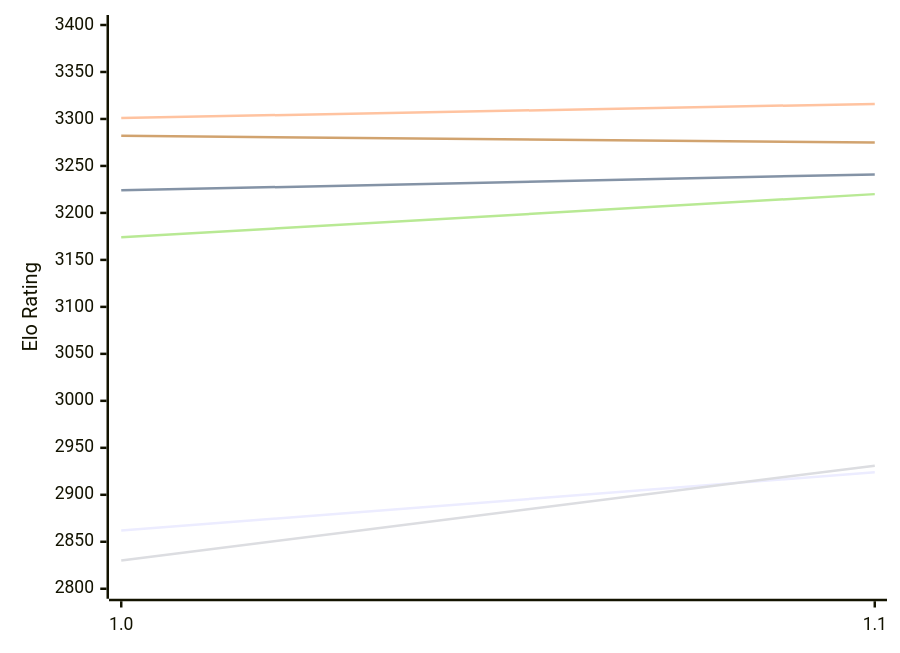
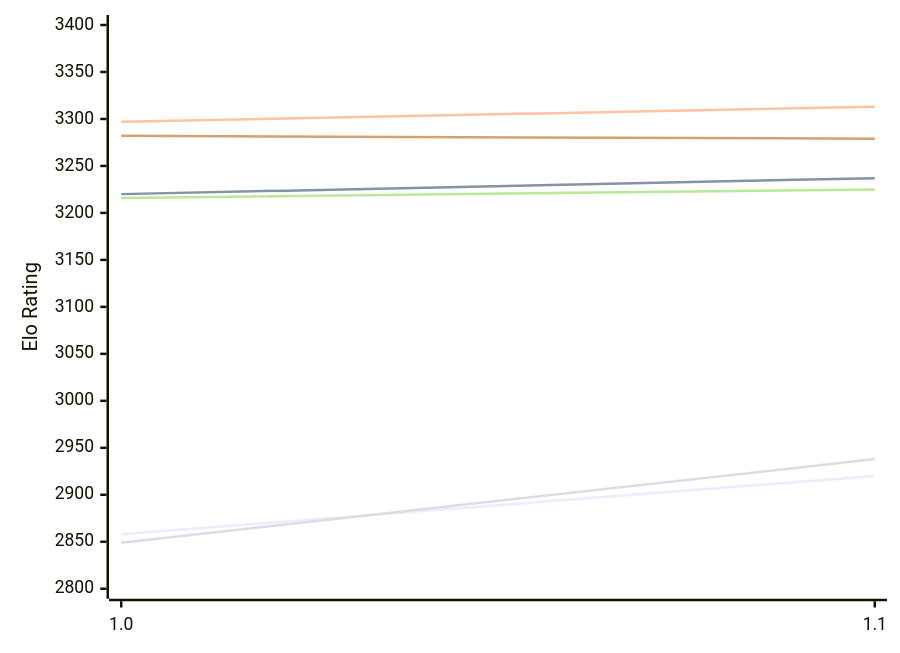
Before and after one commit to computer-chess-index/cci: the first of 2 diagrams in engines/RodentV.md, drawn with Mermaid. The commit also changed other lines of this file, not shown here.

Commit message:
Update CCI Ratings (ELO VLTC) - 2026-11-21

````diff
--- a/engines/RodentV.md
+++ b/engines/RodentV.md
@@ -50,12 +50,12 @@
 ```mermaid
 %%{init: {"theme":"base","themeVariables":{"seriesColors:['#a3a3a3','#222221','#faa371']}}}%%
 xychart-beta
   x-axis ["1.0", "1.1"]
   y-axis "Elo Rating" 2800 --> 3400
-  line "E1: STC (8.0+0.08s)" [2862, 2924]
-  line "E1: LTC (60.0+0.60s)" [3224, 3241]
-  line "E1: VLTC (2m24s+1.12s)" [3301, 3316]
-  line "P1: STC (8.0+0.08s)" [2830, 2931]
-  line "P1: LTC (60.0+0.60s)" [3174, 3220]
-  line "P1: VLTC (2m24s+1.12s)" [3282, 3275]
+  line "E1: STC (8.0+0.08s)" [2858, 2920]
+  line "E1: LTC (60.0+0.60s)" [3220, 3237]
+  line "E1: VLTC (2m24s+1.12s)" [3297, 3313]
+  line "P1: STC (8.0+0.08s)" [2849, 2938]
+  line "P1: LTC (60.0+0.60s)" [3216, 3225]
+  line "P1: VLTC (2m24s+1.12s)" [3282, 3279]
 ```
````
